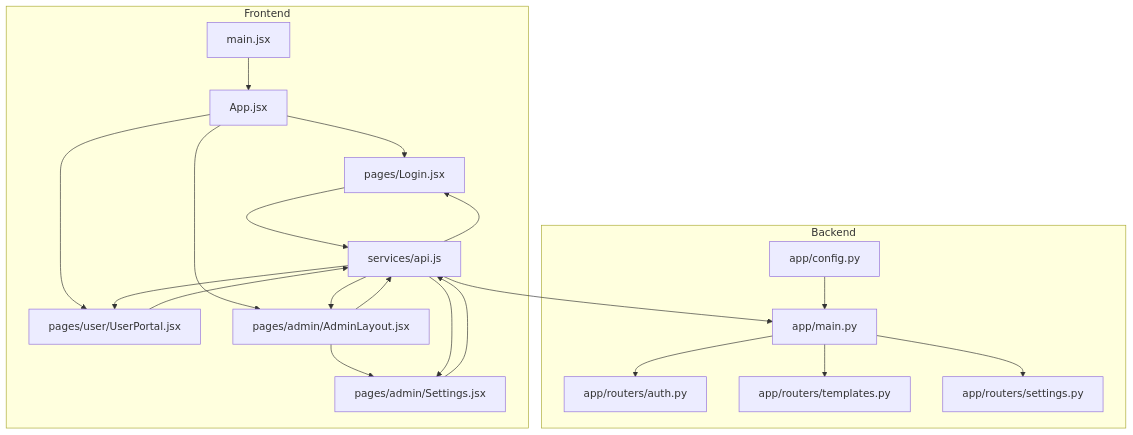
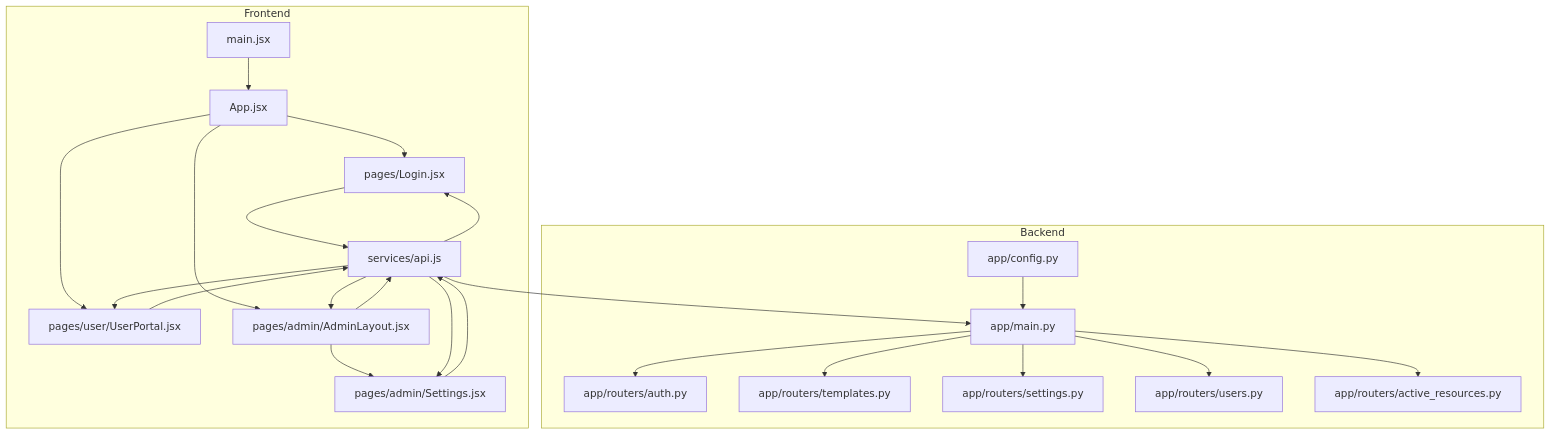
The first of 3 diagrams in .qoder/repowiki/en/content/Frontend Development/API Service Layer.md (14Lucifer/hackathon_ecs_creator), drawn with Mermaid before and after one commit. The commit also changed other lines of this file and 96 other files, not shown here.

````diff
--- a/.qoder/repowiki/en/content/Frontend Development/API Service Layer.md
+++ b/.qoder/repowiki/en/content/Frontend Development/API Service Layer.md
@@ -38,25 +48,27 @@
 ```mermaid
 graph TB
 subgraph "Frontend"
 A["main.jsx"] --> B["App.jsx"]
 B --> C["pages/Login.jsx"]
 B --> D["pages/user/UserPortal.jsx"]
 B --> E["pages/admin/AdminLayout.jsx"]
 E --> F["pages/admin/Settings.jsx"]
 G["services/api.js"] --> C
 G --> D
 G --> E
 G --> F
 end
 subgraph "Backend"
 H["app/main.py"] --> I["app/routers/auth.py"]
 H --> J["app/routers/templates.py"]
 H --> K["app/routers/settings.py"]
-L["app/config.py"] --> H
+H --> L["app/routers/users.py"]
+H --> M["app/routers/active_resources.py"]
+N["app/config.py"] --> H
 end
 C --> G
 D --> G
 E --> G
 F --> G
 G --> H
 ```
````
